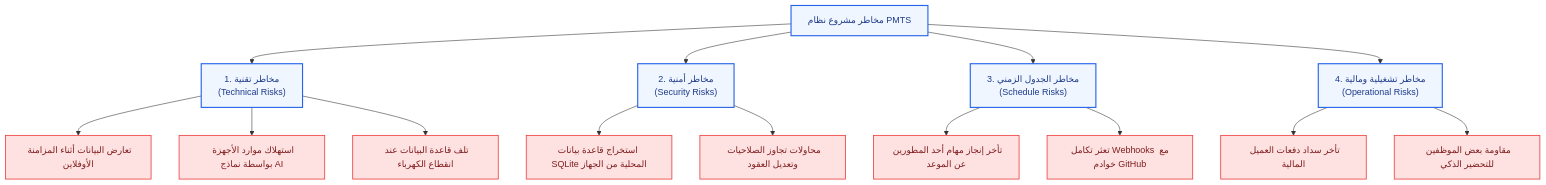
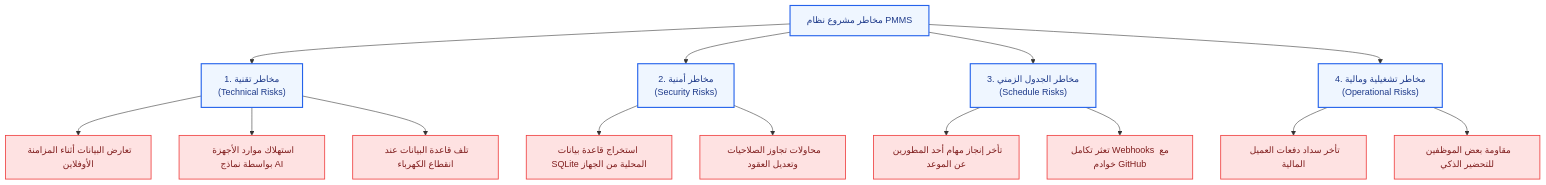
One commit to Essami779/PMMS changed the diagram in 02_Project_Book_Chapters/الفصل_الثاني_الدراسات_السابقة_وجدوى_المشروع.md. Above: the diagram before and after it, drawn with Mermaid. The commit also changed other lines of this file and 34 other files, not shown here.

````diff
--- a/02_Project_Book_Chapters/الفصل_الثاني_الدراسات_السابقة_وجدوى_المشروع.md
+++ b/02_Project_Book_Chapters/الفصل_الثاني_الدراسات_السابقة_وجدوى_المشروع.md
@@ -271,30 +271,30 @@
 ```mermaid
 graph TD
     classDef risk fill:#fee2e2,stroke:#ef4444,stroke-width:1.5px,color:#7f1d1d;
     classDef cat fill:#eff6ff,stroke:#2563eb,stroke-width:2px,color:#1e3a8a;
 
-    Root["مخاطر مشروع نظام PMTS"]:::cat
+    Root["مخاطر مشروع نظام PMMS"]:::cat
   
     Cat1["1. مخاطر تقنية <br> (Technical Risks)"]:::cat
     Cat2["2. مخاطر أمنية <br> (Security Risks)"]:::cat
     Cat3["3. مخاطر الجدول الزمني <br> (Schedule Risks)"]:::cat
     Cat4["4. مخاطر تشغيلية ومالية <br> (Operational Risks)"]:::cat
 
     Root --> Cat1
     Root --> Cat2
     Root --> Cat3
     Root --> Cat4
 
     Cat1 --> R11["تعارض البيانات أثناء المزامنة الأوفلاين"]:::risk
     Cat1 --> R12["استهلاك موارد الأجهزة بواسطة نماذج AI"]:::risk
     Cat1 --> R13["تلف قاعدة البيانات عند انقطاع الكهرباء"]:::risk
 
     Cat2 --> R21["استخراج قاعدة بيانات SQLite المحلية من الجهاز"]:::risk
     Cat2 --> R22["محاولات تجاوز الصلاحيات وتعديل العقود"]:::risk
 
     Cat3 --> R31["تأخر إنجاز مهام أحد المطورين عن الموعد"]:::risk
     Cat3 --> R32["تعثر تكامل Webhooks مع خوادم GitHub"]:::risk
 
     Cat4 --> R41["تأخر سداد دفعات العميل المالية"]:::risk
     Cat4 --> R42["مقاومة بعض الموظفين للتحضير الذكي"]:::risk
 ```
````
